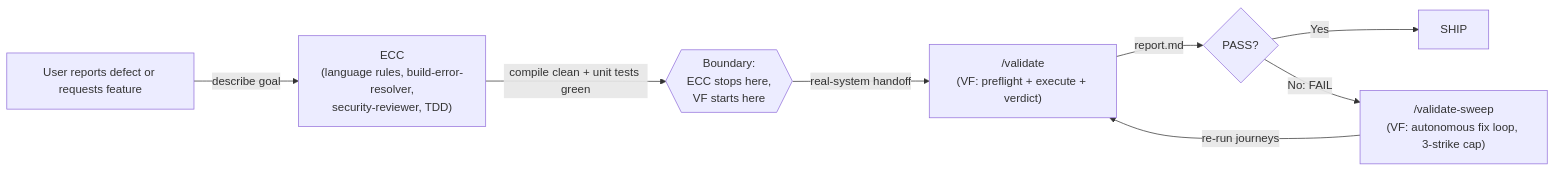
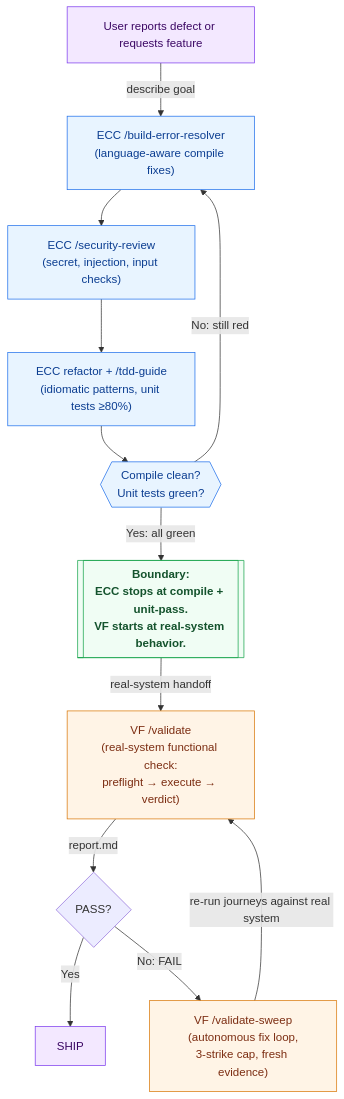
One commit to krzemienski/validationforge changed the diagram in docs/integrations/vf-with-ecc.md. Above: the diagram before and after it, drawn with Mermaid. The commit also changed other lines of this file, not shown here.

Commit message:
auto-claude: subtask-3-2 - Add a Mermaid workflow diagram to vf-with-ecc.md s

````diff
--- a/docs/integrations/vf-with-ecc.md
+++ b/docs/integrations/vf-with-ecc.md
@@ -31,10 +31,23 @@
 ```mermaid
-graph LR
-    U[User reports defect or requests feature] -->|describe goal| ECC["ECC<br/>(language rules, build-error-resolver,<br/>security-reviewer, TDD)"]
-    ECC -->|compile clean + unit tests green| BOUND{{"Boundary:<br/>ECC stops here,<br/>VF starts here"}}
-    BOUND -->|real-system handoff| VF["/validate<br/>(VF: preflight + execute + verdict)"]
-    VF -->|report.md| D{PASS?}
+graph TD
+    U[User reports defect or requests feature] -->|describe goal| BER["ECC /build-error-resolver<br/>(language-aware compile fixes)"]
+    BER --> SR["ECC /security-review<br/>(secret, injection, input checks)"]
+    SR --> REF["ECC refactor + /tdd-guide<br/>(idiomatic patterns, unit tests ≥80%)"]
+    REF --> GATE{{"Compile clean?<br/>Unit tests green?"}}
+    GATE -->|No: still red| BER
+    GATE -->|Yes: all green| BOUND[["Boundary:<br/>ECC stops at compile + unit-pass.<br/>VF starts at real-system behavior."]]
+    BOUND -->|real-system handoff| VAL["VF /validate<br/>(real-system functional check:<br/>preflight → execute → verdict)"]
+    VAL -->|report.md| D{PASS?}
     D -->|Yes| SHIP[SHIP]
-    D -->|No: FAIL| VFS["/validate-sweep<br/>(VF: autonomous fix loop, 3-strike cap)"]
-    VFS -->|re-run journeys| VF
+    D -->|No: FAIL| VFS["VF /validate-sweep<br/>(autonomous fix loop,<br/>3-strike cap, fresh evidence)"]
+    VFS -->|re-run journeys against real system| VAL
+
+    classDef ecc fill:#e8f4ff,stroke:#1f6feb,color:#0b3d91
+    classDef vf fill:#fff4e6,stroke:#d97706,color:#7c2d12
+    classDef boundary fill:#f0fdf4,stroke:#16a34a,color:#14532d,font-weight:bold
+    classDef terminal fill:#f3e8ff,stroke:#7c3aed,color:#3b0764
+    class BER,SR,REF,GATE ecc
+    class VAL,VFS vf
+    class BOUND boundary
+    class U,SHIP terminal
 ```
````
